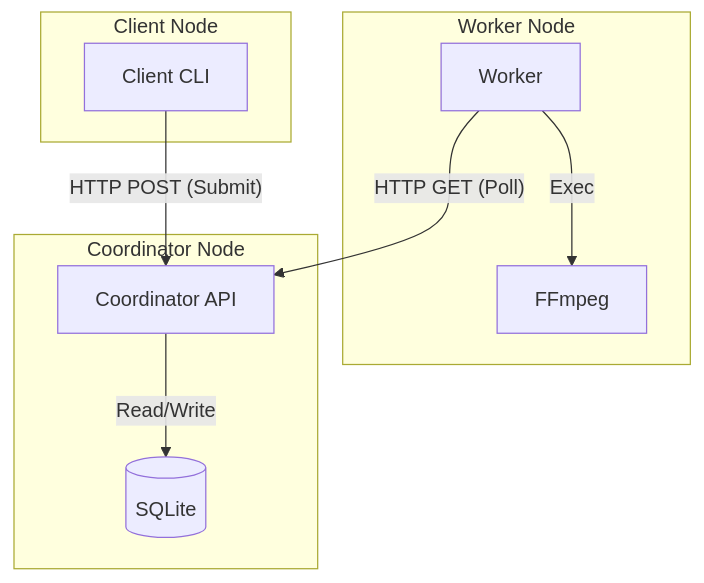
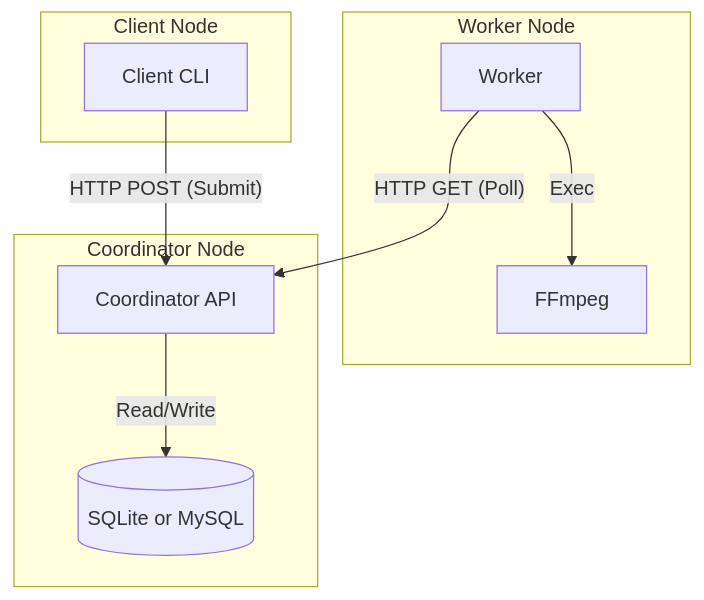
The first of 5 diagrams in docs/architecture.md (brwyatt/dffmpeg), drawn with Mermaid before and after one commit. The commit also changed 15 other files, not shown here.

````diff
--- a/docs/architecture.md
+++ b/docs/architecture.md
@@ -24,21 +24,21 @@
 ```mermaid
 graph TD
     subgraph "Worker Node"
         W[Worker]
         FF[FFmpeg]
     end
 
     subgraph "Client Node"
         C[Client CLI]
     end
 
     subgraph "Coordinator Node"
         Coord[Coordinator API]
-        DB[(SQLite)]
+        DB[(SQLite or MySQL)]
     end
 
     C -- HTTP POST (Submit) --> Coord
     W -- HTTP GET (Poll) --> Coord
     Coord -- Read/Write --> DB
     W -- Exec --> FF
 ```
````
